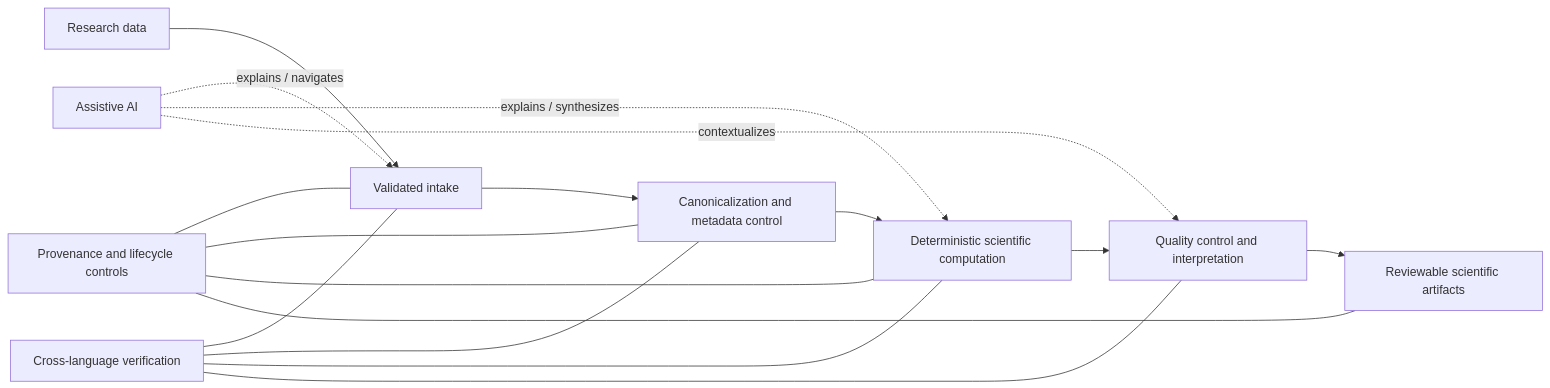
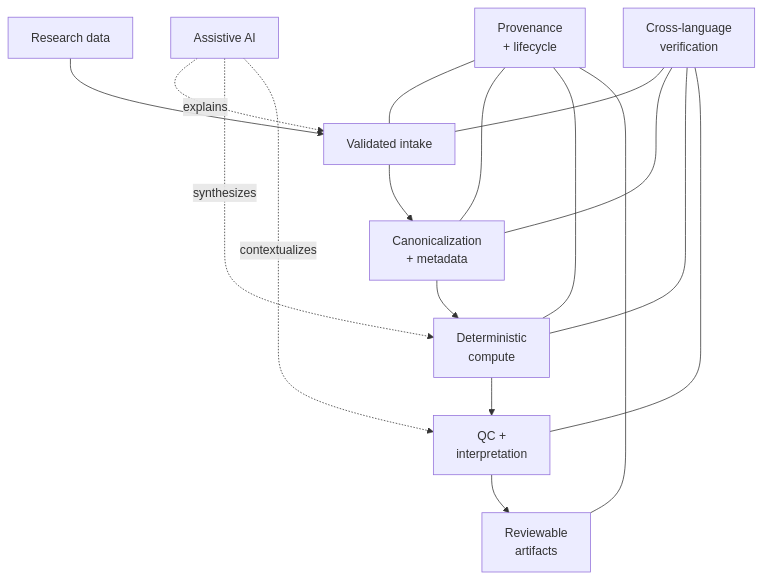
Before and after one commit to wilderruiz/zomniverse-project: the diagram in README.md, drawn with Mermaid.

Commit message:
docs: make Mermaid diagrams render cleanly

````diff
--- a/README.md
+++ b/README.md
@@ -17,22 +17,22 @@
 ```mermaid
-flowchart LR
-    A[Research data] --> B[Validated intake]
-    B --> C[Canonicalization and metadata control]
-    C --> D[Deterministic scientific computation]
-    D --> E[Quality control and interpretation]
-    E --> F[Reviewable scientific artifacts]
+flowchart TD
+    A["Research data"] --> B["Validated intake"]
+    B --> C["Canonicalization<br/>+ metadata"]
+    C --> D["Deterministic<br/>compute"]
+    D --> E["QC +<br/>interpretation"]
+    E --> F["Reviewable<br/>artifacts"]
 
-    G[Assistive AI] -. explains / navigates .-> B
-    G -. explains / synthesizes .-> D
+    G["Assistive AI"] -. explains .-> B
+    G -. synthesizes .-> D
     G -. contextualizes .-> E
 
-    H[Provenance and lifecycle controls] --- B
+    H["Provenance<br/>+ lifecycle"] --- B
     H --- C
     H --- D
     H --- F
 
-    I[Cross-language verification] --- B
+    I["Cross-language<br/>verification"] --- B
     I --- C
     I --- D
     I --- E
 ```
````
